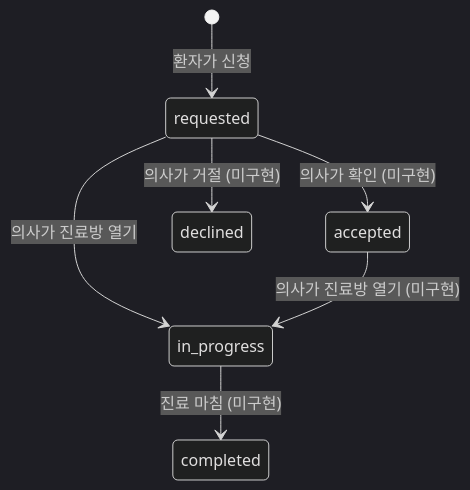
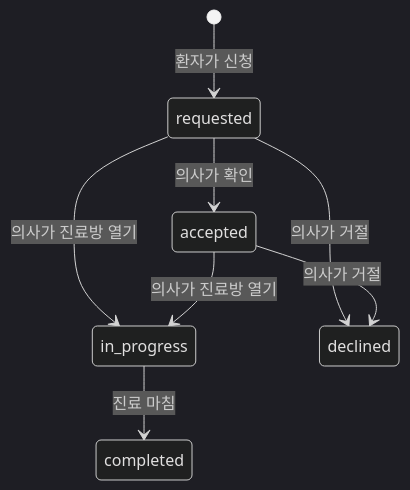
The eighth of 9 diagrams in docs/product/20-user-flows.md (mushpiba/Connecting-app), drawn with Mermaid (dark theme) before and after one commit. The commit also changed other lines of this file and 4 other files, not shown here.

````diff
--- a/docs/product/20-user-flows.md
+++ b/docs/product/20-user-flows.md
@@ -180,9 +180,10 @@
 ```mermaid
 stateDiagram-v2
   [*] --> requested: 환자가 신청
-  requested --> accepted: 의사가 확인 (미구현)
+  requested --> accepted: 의사가 확인
   requested --> in_progress: 의사가 진료방 열기
-  accepted --> in_progress: 의사가 진료방 열기 (미구현)
-  in_progress --> completed: 진료 마침 (미구현)
-  requested --> declined: 의사가 거절 (미구현)
+  accepted --> in_progress: 의사가 진료방 열기
+  in_progress --> completed: 진료 마침
+  requested --> declined: 의사가 거절
+  accepted --> declined: 의사가 거절
 ```
````
